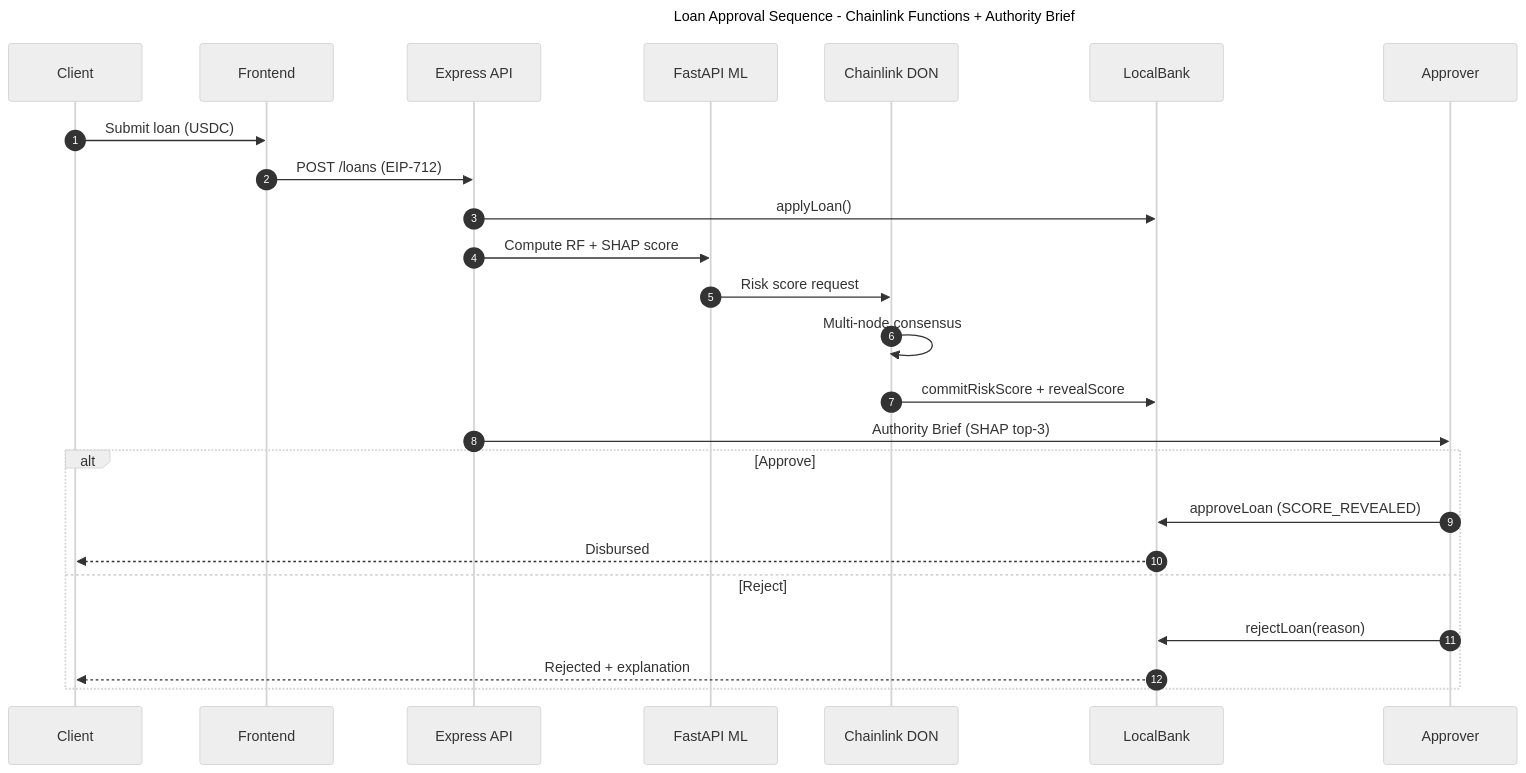
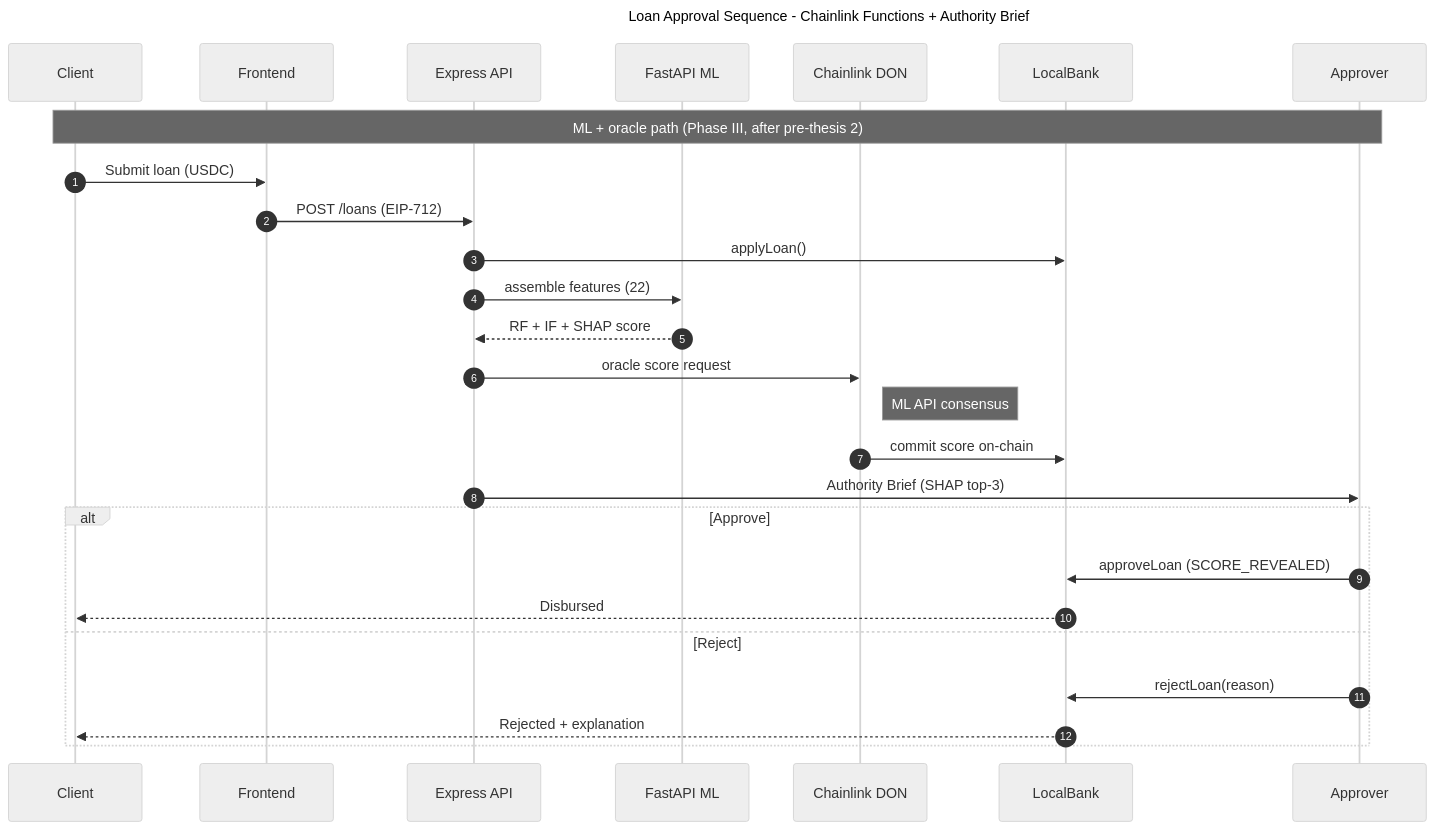
One commit to Yuvraajrahman/Cryto-World-Bank changed the diagram in Documentation/Diagrams/mermaid-src/improved diagrams/fig-seq-loan-flow.mmd. Above: the diagram before and after it, drawn with Mermaid (neutral theme). The commit also changed 214 other files, not shown here.

Commit message:
diagram updated

```diff
--- a/Documentation/Diagrams/mermaid-src/improved diagrams/fig-seq-loan-flow.mmd
+++ b/Documentation/Diagrams/mermaid-src/improved diagrams/fig-seq-loan-flow.mmd
@@ -1,28 +1,30 @@
 ---
 title: Loan Approval Sequence - Chainlink Functions + Authority Brief
 ---
 sequenceDiagram
     autonumber
     participant U as Client
     participant FE as Frontend
     participant API as Express API
     participant ML as FastAPI ML
     participant DON as Chainlink DON
     participant SC as LocalBank
     participant AP as Approver
 
+    Note over U,AP: ML + oracle path (Phase III, after pre-thesis 2)
     U->>FE: Submit loan (USDC)
     FE->>API: POST /loans (EIP-712)
     API->>SC: applyLoan()
-    API->>ML: Compute RF + SHAP score
-    ML->>DON: Risk score request
-    DON->>DON: Multi-node consensus
-    DON->>SC: commitRiskScore + revealScore
+    API->>ML: assemble features (22)
+    ML-->>API: RF + IF + SHAP score
+    API->>DON: oracle score request
+    Note right of DON: ML API consensus
+    DON->>SC: commit score on-chain
     API->>AP: Authority Brief (SHAP top-3)
     alt Approve
         AP->>SC: approveLoan (SCORE_REVEALED)
         SC-->>U: Disbursed
     else Reject
         AP->>SC: rejectLoan(reason)
         SC-->>U: Rejected + explanation
     end
```
